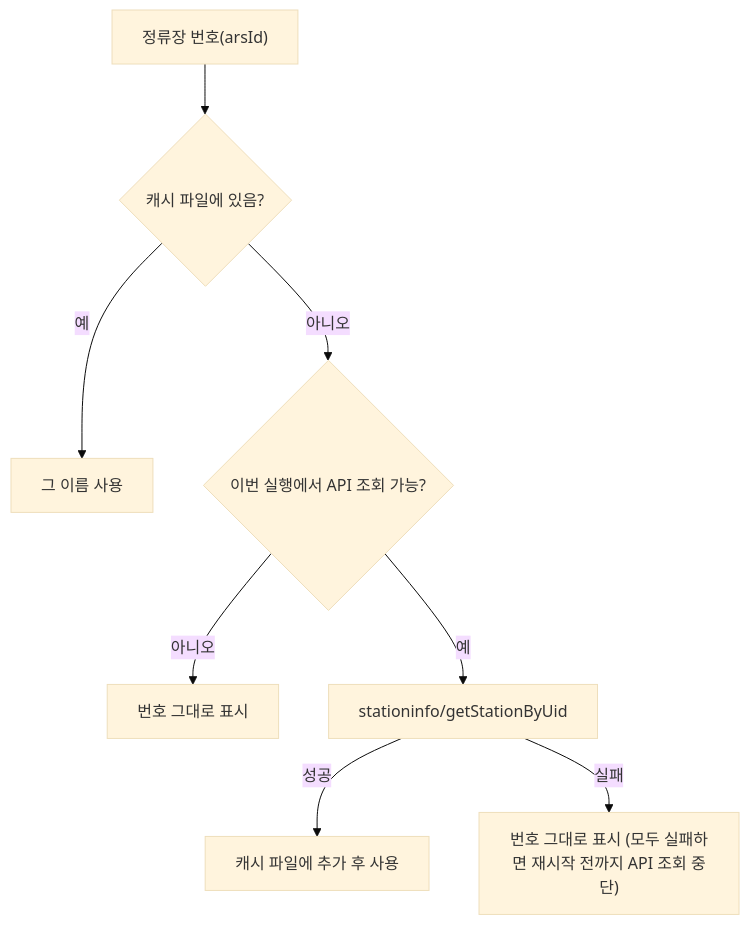
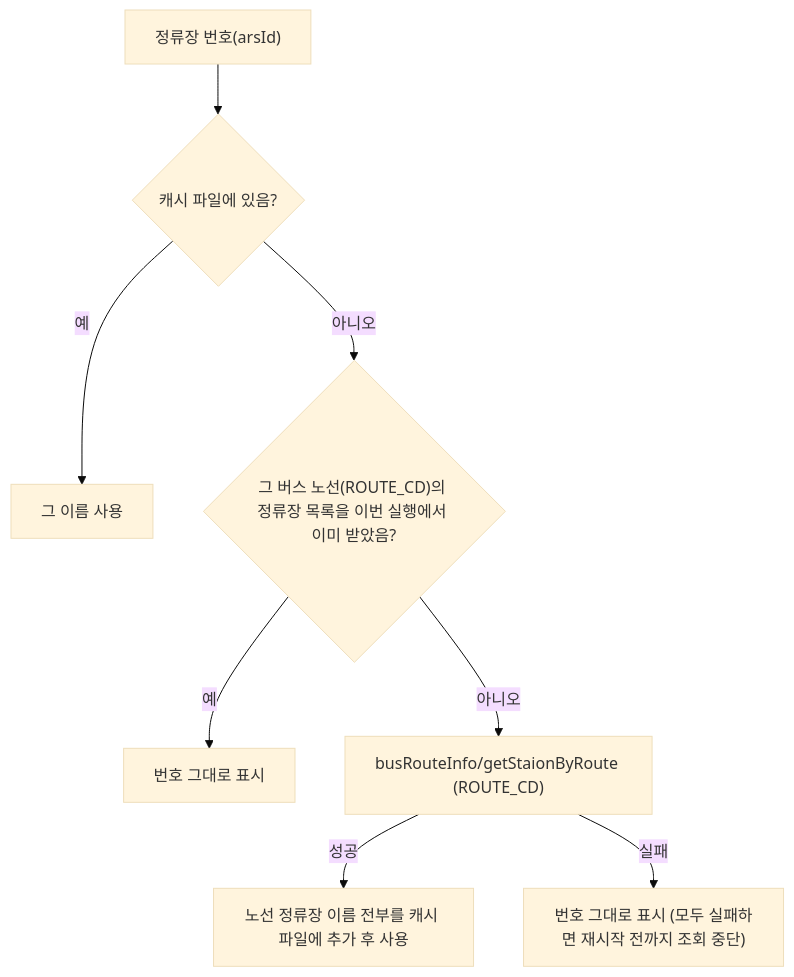
The fourth of 5 diagrams in README.md (phoenix9469/DaejeonBus_HA), drawn with Mermaid (base theme) before and after one commit. The commit also changed other lines of this file and 7 other files, not shown here.

First line of the commit message:
Resolve stop names from the route stop list instead of stationinfo

````diff
--- a/README.md
+++ b/README.md
@@ -139,10 +138,10 @@
 ```mermaid
 flowchart TD
     A["정류장 번호(arsId)"] --> B{"캐시 파일에 있음?"}
     B -- 예 --> Z["그 이름 사용"]
-    B -- 아니오 --> C{"이번 실행에서 API 조회 가능?"}
-    C -- 아니오 --> Y["번호 그대로 표시"]
-    C -- 예 --> D["stationinfo/getStationByUid"]
-    D -- 성공 --> E["캐시 파일에 추가 후 사용"]
-    D -- 실패 --> F["번호 그대로 표시 (모두 실패하면 재시작 전까지 API 조회 중단)"]
+    B -- 아니오 --> C{"그 버스 노선(ROUTE_CD)의 정류장 목록을 이번 실행에서 이미 받았음?"}
+    C -- 예 --> Y["번호 그대로 표시"]
+    C -- 아니오 --> D["busRouteInfo/getStaionByRoute (ROUTE_CD)"]
+    D -- 성공 --> E["노선 정류장 이름 전부를 캐시 파일에 추가 후 사용"]
+    D -- 실패 --> F["번호 그대로 표시 (모두 실패하면 재시작 전까지 조회 중단)"]
 ```
````
